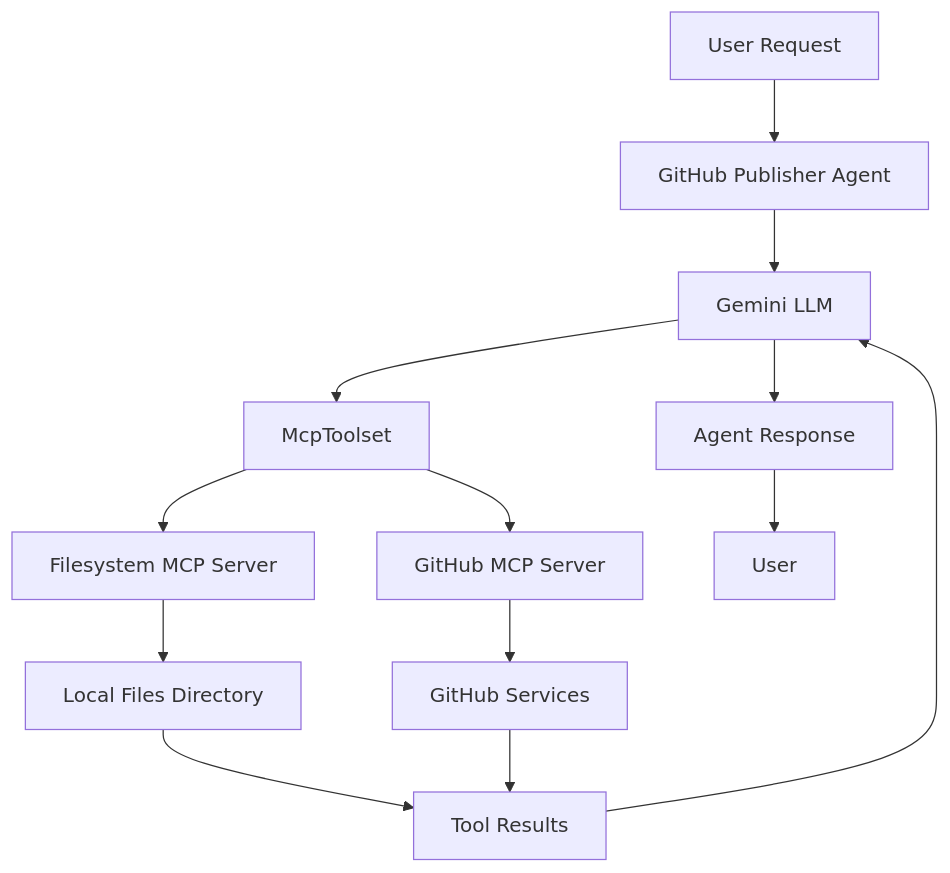
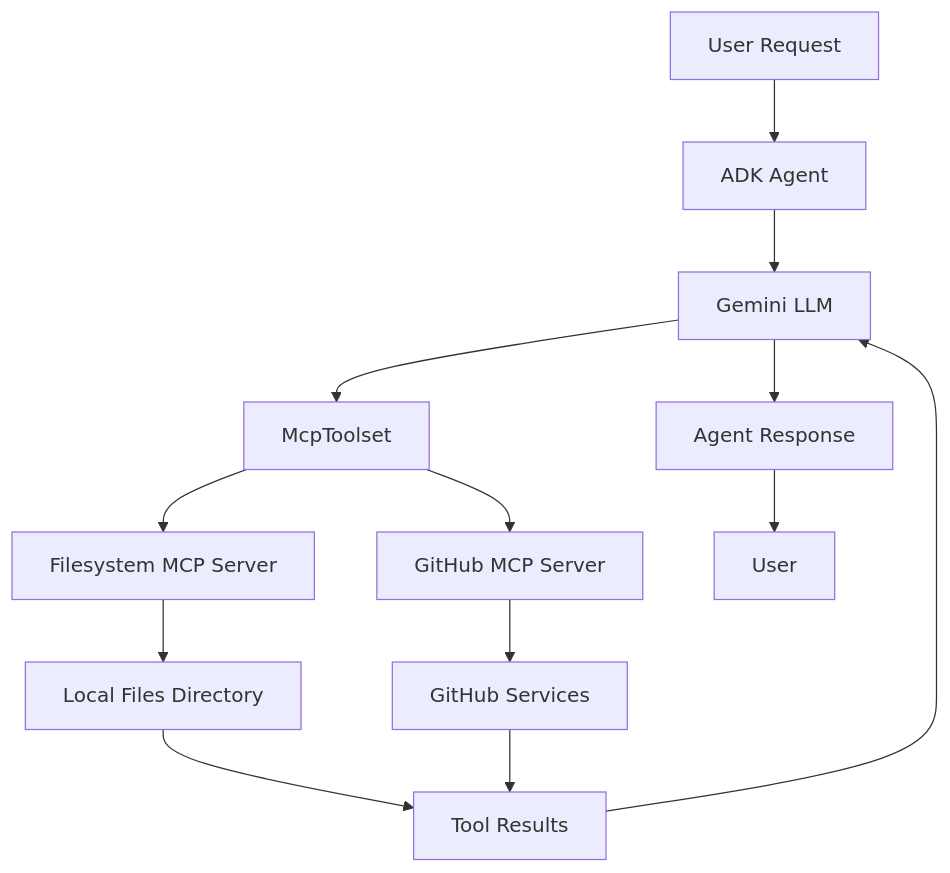
The second of 3 diagrams in README.md (mayanknegi22/Google-adk), drawn with Mermaid before and after one commit. The commit also changed other lines of this file, not shown here.

Commit message:
Update README with all nine ADK projects

````diff
--- a/README.md
+++ b/README.md
@@ -387,19 +485,19 @@
 ```mermaid
 flowchart TD
-    A[User Request] --> B[GitHub Publisher Agent]
+    A[User Request] --> B[ADK Agent]
     B --> C[Gemini LLM]
     C --> D[McpToolset]
 
     D --> E[Filesystem MCP Server]
     D --> F[GitHub MCP Server]
 
     E --> G[Local Files Directory]
     F --> H[GitHub Services]
 
     G --> I[Tool Results]
     H --> I
 
     I --> C
     C --> J[Agent Response]
     J --> K[User]
 ```
````
